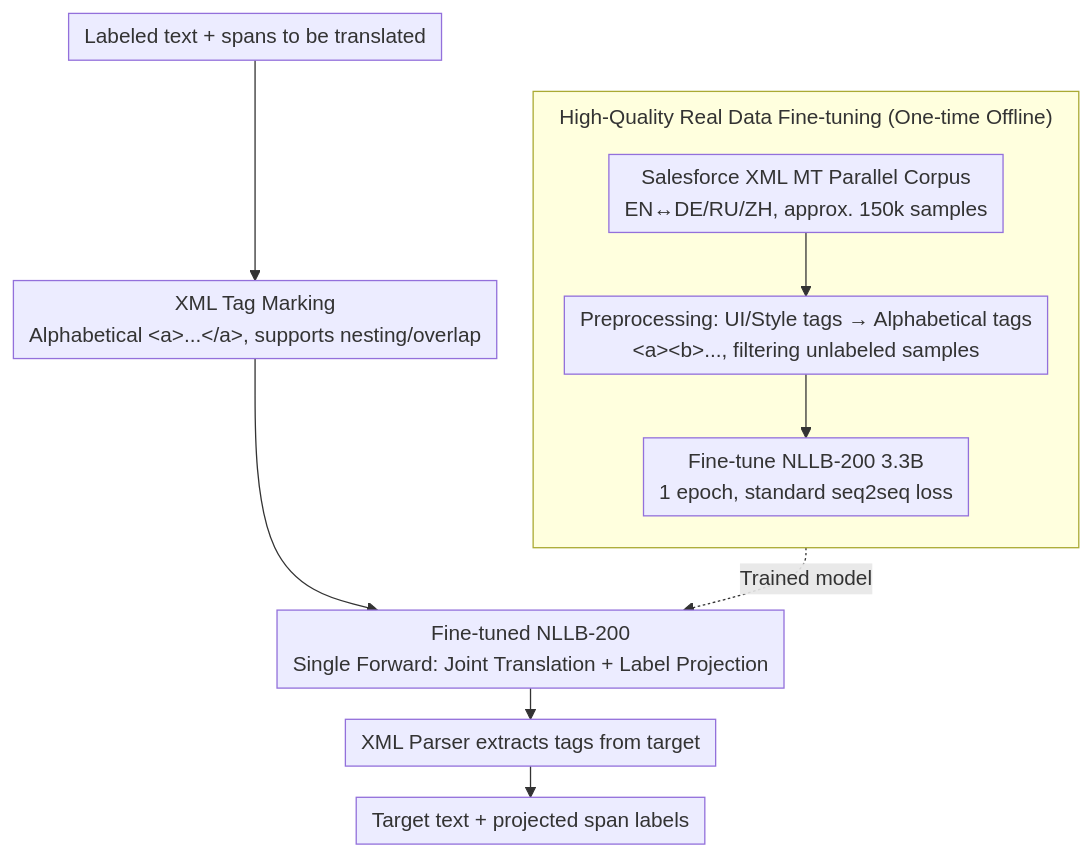
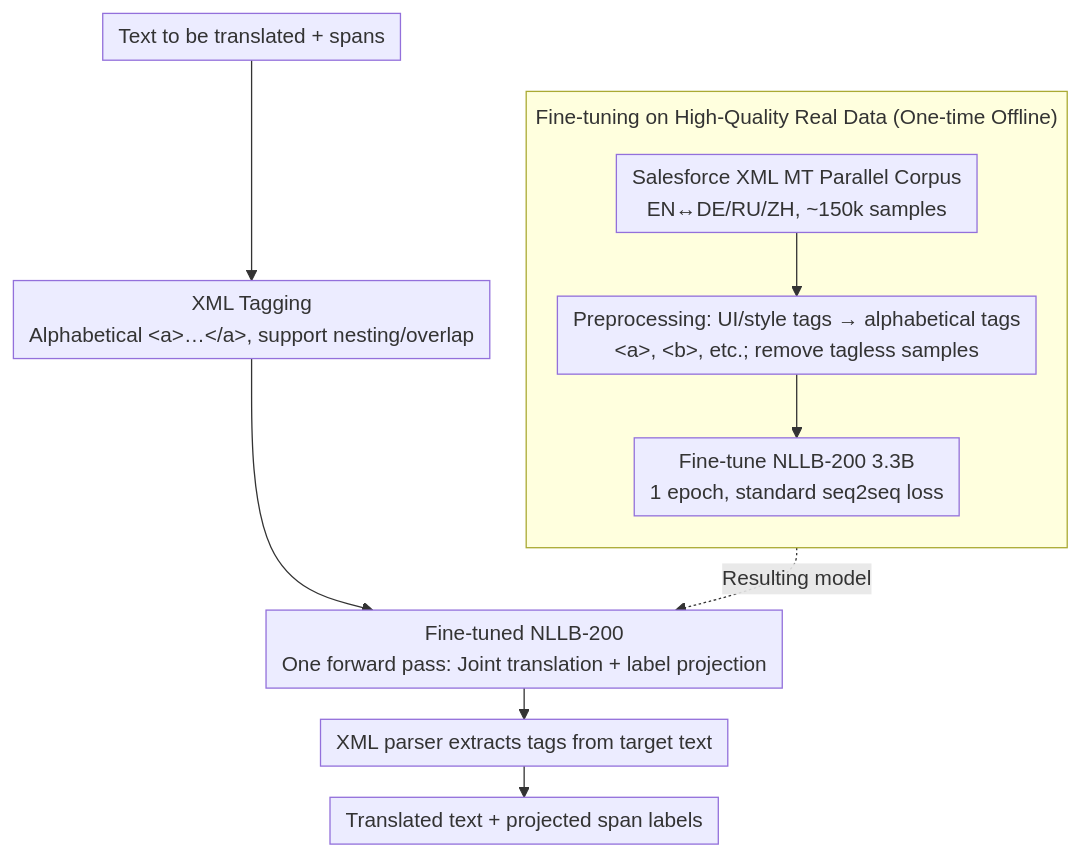
Before and after one commit to zhaoyang97/Paper-Notes-en: the diagram in docs/ACL2026/multilingual_mt/just_use_xml_revisiting_joint_translation_and_label_projection.md, drawn with Mermaid. The commit also changed other lines of this file and 5084 other files, not shown here.

````diff
--- a/docs/ACL2026/multilingual_mt/just_use_xml_revisiting_joint_translation_and_label_projection.md
+++ b/docs/ACL2026/multilingual_mt/just_use_xml_revisiting_joint_translation_and_label_projection.md
@@ -45,14 +45,14 @@
 ```mermaid
 %%{init: {'flowchart': {'rankSpacing': 24, 'nodeSpacing': 28, 'padding': 6, 'wrappingWidth': 400, 'subGraphTitleMargin': {'top': 8, 'bottom': 16}}}}%%
 flowchart TD
-    subgraph TRAIN["High-Quality Real Data Fine-tuning (One-time Offline)"]
+    subgraph TRAIN["Fine-tuning on High-Quality Real Data (One-time Offline)"]
         direction TB
-        T1["Salesforce XML MT Parallel Corpus<br/>EN↔DE/RU/ZH, approx. 150k samples"] --> T2["Preprocessing: UI/Style tags → Alphabetical tags<br/>&lt;a&gt;&lt;b&gt;..., filtering unlabeled samples"]
+        T1["Salesforce XML MT Parallel Corpus<br/>EN↔DE/RU/ZH, ~150k samples"] --> T2["Preprocessing: UI/style tags → alphabetical tags<br/>&lt;a&gt;, &lt;b&gt;, etc.; remove tagless samples"]
         T2 --> T3["Fine-tune NLLB-200 3.3B<br/>1 epoch, standard seq2seq loss"]
     end
-    I0["Labeled text + spans to be translated"] --> I1["XML Tag Marking<br/>Alphabetical &lt;a&gt;...&lt;/a&gt;, supports nesting/overlap"]
-    I1 --> M["Fine-tuned NLLB-200<br/>Single Forward: Joint Translation + Label Projection"]
-    T3 -. Trained model .-> M
-    M --> I2["XML Parser extracts tags from target"]
-    I2 --> OUT["Target text + projected span labels"]
+    I0["Text to be translated + spans"] --> I1["XML Tagging<br/>Alphabetical &lt;a&gt;…&lt;/a&gt;, support nesting/overlap"]
+    I1 --> M["Fine-tuned NLLB-200<br/>One forward pass: Joint translation + label projection"]
+    T3 -. Resulting model .-> M
+    M --> I2["XML parser extracts tags from target text"]
+    I2 --> OUT["Translated text + projected span labels"]
 ```
````
